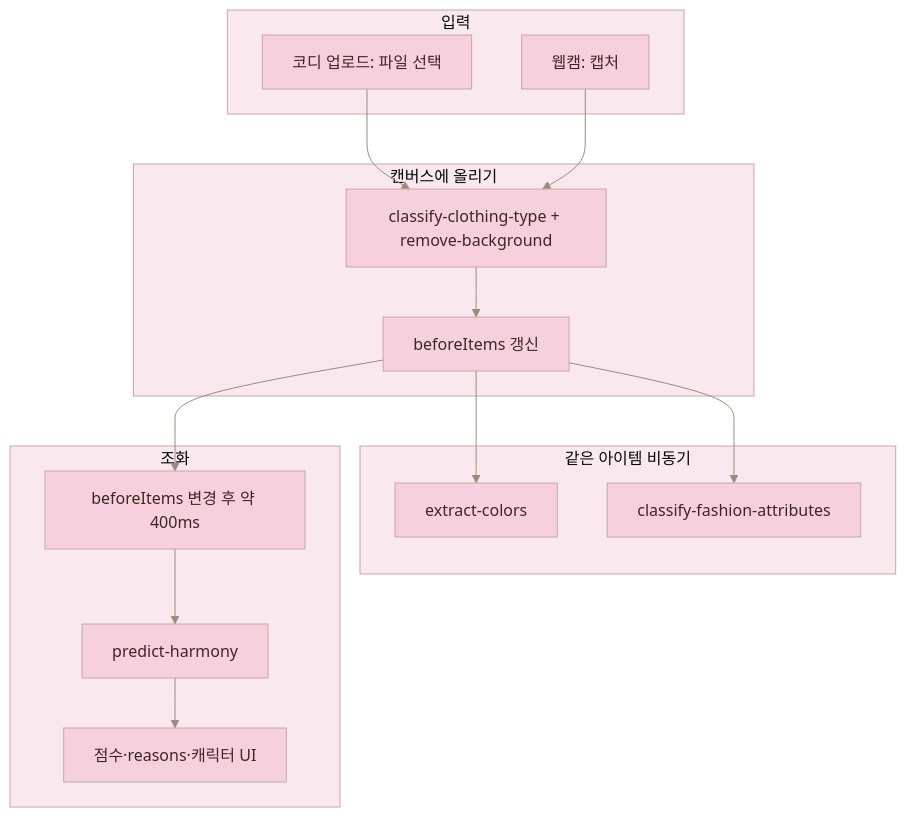
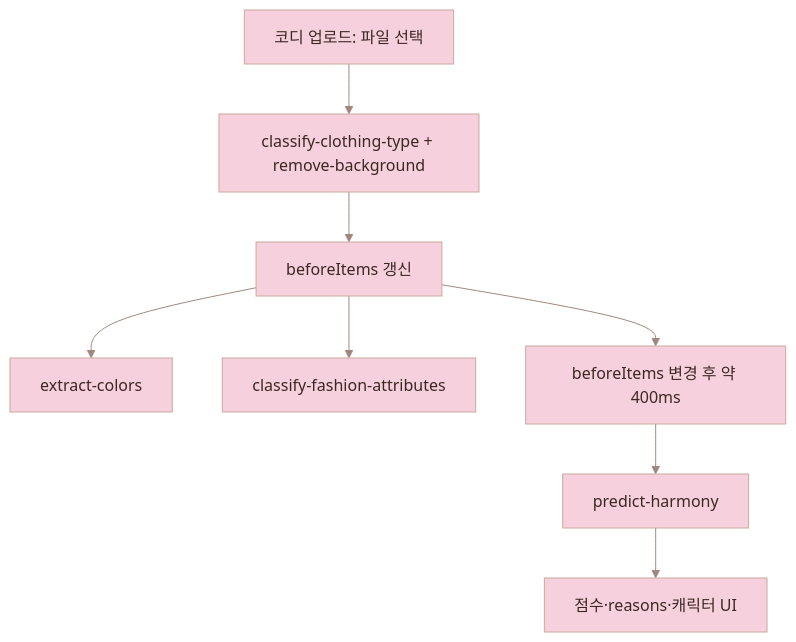
One commit to jinbaaaaaang/huwari changed the fifth of 7 diagrams in README.md. Above: the diagram before and after it, drawn with Mermaid. The commit also changed other lines of this file and 3 other files, not shown here.

````diff
--- a/README.md
+++ b/README.md
@@ -358,29 +355,16 @@
 ```mermaid
 %%{init: {'theme': 'base', 'themeVariables': {'primaryColor':'#F6D1DD','primaryTextColor':'#3E2723','primaryBorderColor':'#C9A8A0','lineColor':'#A1887F','secondaryColor':'#F9E8ED','tertiaryColor':'#FDF5F8','background':'#FDF5F8','mainBkg':'#F6D1DD','clusterBkg':'#F9E8ED','clusterBorder':'#C9A8A0','edgeLabelBackground':'#FDF5F8','fontFamily':'inherit'}}}%%
 flowchart TD
-  subgraph step_input ["입력"]
-    UP["코디 업로드: 파일 선택"]
-    WC["웹캠: 캡처"]
-  end
-  subgraph step_place ["캔버스에 올리기"]
-    CLBG["classify-clothing-type + remove-background"]
-    CV["beforeItems 갱신"]
-  end
-  subgraph step_extra ["같은 아이템 비동기"]
-    EC["extract-colors"]
-    FA["classify-fashion-attributes"]
-  end
-  subgraph step_harm ["조화"]
-    DB["beforeItems 변경 후 약 400ms"]
-    PH["predict-harmony"]
-    RS["점수·reasons·캐릭터 UI"]
-  end
-  UP --> CLBG
-  WC --> CLBG
-  CLBG --> CV
+  UP["코디 업로드: 파일 선택"]
+  CLBG["classify-clothing-type + remove-background"]
+  CV["beforeItems 갱신"]
+  EC["extract-colors"]
+  FA["classify-fashion-attributes"]
+  DB["beforeItems 변경 후 약 400ms"]
+  PH["predict-harmony"]
+  RS["점수·reasons·캐릭터 UI"]
+  UP --> CLBG --> CV
   CV --> EC
   CV --> FA
-  CV --> DB
-  DB --> PH
-  PH --> RS
+  CV --> DB --> PH --> RS
 ```
````
